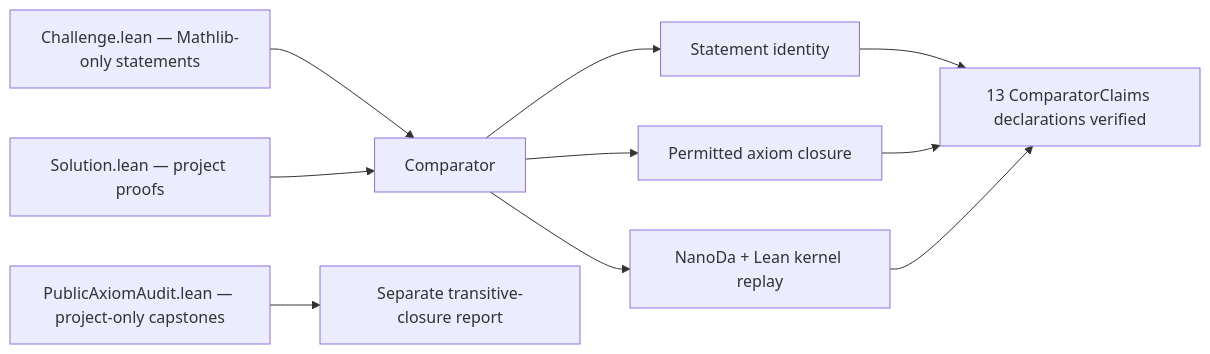
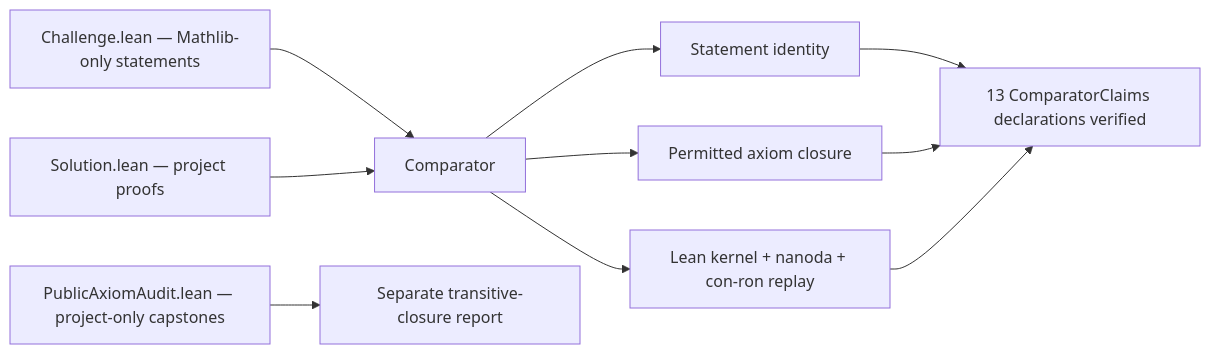
The second of 2 diagrams in README.md (mysticflounder/modular-schur), drawn with Mermaid before and after one commit. The commit also changed other lines of this file and 49 other files, not shown here.

````diff
--- a/README.md
+++ b/README.md
@@ -301,12 +304,12 @@
 ```mermaid
 flowchart LR
     C["Challenge.lean — Mathlib-only statements"] --> G["Comparator"]
     S["Solution.lean — project proofs"] --> G
     G --> I["Statement identity"]
     G --> A["Permitted axiom closure"]
-    G --> K["NanoDa + Lean kernel replay"]
+    G --> K["Lean kernel + nanoda + con-ron replay"]
     I --> V["13 ComparatorClaims declarations verified"]
     A --> V
     K --> V
     P["PublicAxiomAudit.lean — project-only capstones"] --> R["Separate transitive-closure report"]
 ```
````
